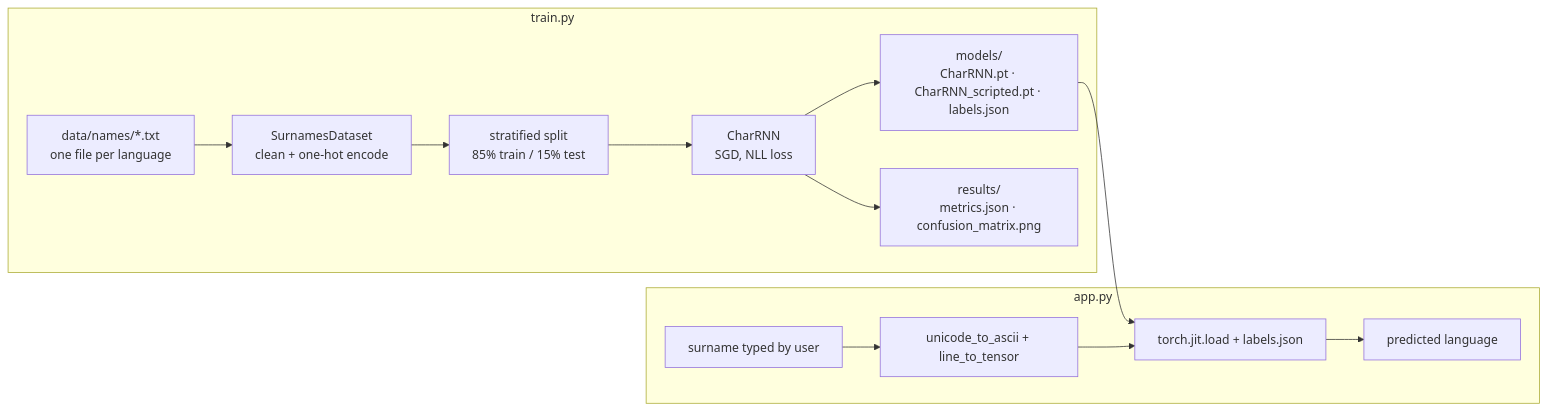
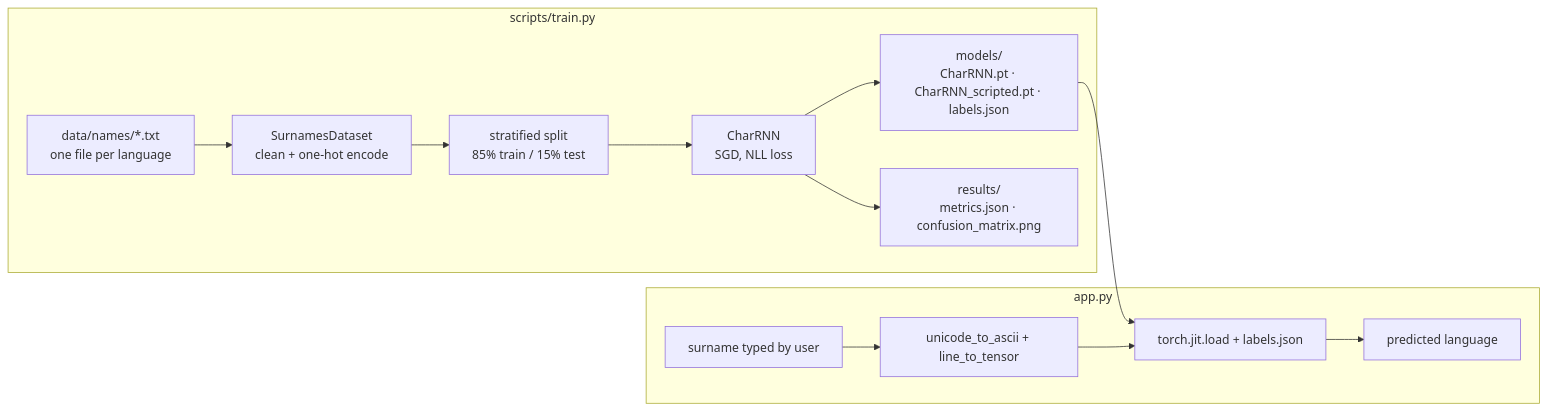
The diagram in README.md (kishorhange111/surname-origin-classifier-rnn), drawn with Mermaid before and after one commit. The commit also changed other lines of this file and 17 other files, not shown here.

````diff
--- a/README.md
+++ b/README.md
@@ -66,15 +66,15 @@
 ```mermaid
 flowchart LR
-    subgraph Training ["train.py"]
+    subgraph Training ["scripts/train.py"]
         D["data/names/*.txt<br/>one file per language"] --> P1["SurnamesDataset<br/>clean + one-hot encode"]
         P1 --> SP["stratified split<br/>85% train / 15% test"]
         SP --> T["CharRNN<br/>SGD, NLL loss"]
         T --> X["models/<br/>CharRNN.pt · CharRNN_scripted.pt · labels.json"]
         T --> R["results/<br/>metrics.json · confusion_matrix.png"]
     end
     subgraph Serving ["app.py"]
         U["surname typed by user"] --> P2["unicode_to_ascii + line_to_tensor"]
         X --> M["torch.jit.load + labels.json"]
         P2 --> M --> O["predicted language"]
     end
 ```
````
